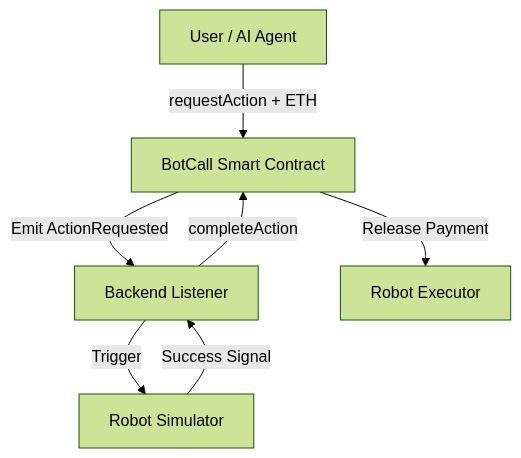
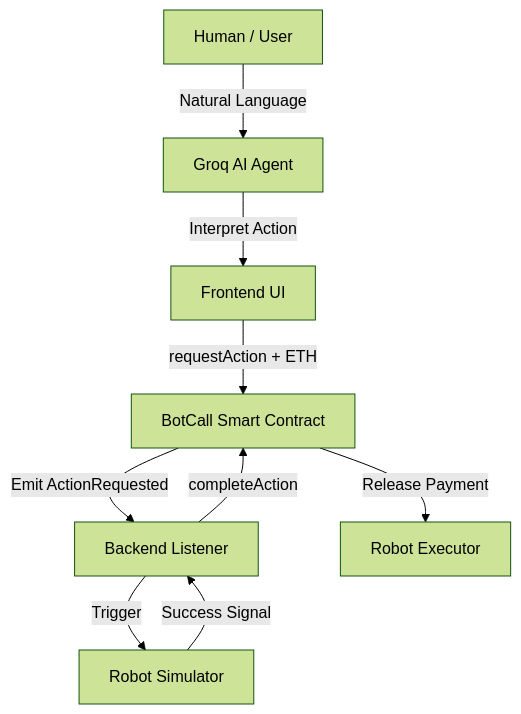
One commit to nayrbryanGaming/botcall-protocol changed the diagram in README.md. Above: the diagram before and after it, drawn with Mermaid (forest theme). The commit also changed other lines of this file and 6 other files, not shown here.

Commit message:
Integrated Groq AI Agent layer and updated architecture documentation

````diff
--- a/README.md
+++ b/README.md
@@ -19,9 +21,11 @@
 ```mermaid
 graph TD
-    User[User / AI Agent] -->|requestAction + ETH| SC[BotCall Smart Contract]
+    User[Human / User] -->|Natural Language| AI[Groq AI Agent]
+    AI -->|Interpret Action| UI[Frontend UI]
+    UI -->|requestAction + ETH| SC[BotCall Smart Contract]
     SC -->|Emit ActionRequested| BL[Backend Listener]
     BL -->|Trigger| RS[Robot Simulator]
     RS -->|Success Signal| BL
     BL -->|completeAction| SC
     SC -->|Release Payment| Robot[Robot Executor]
 ```
````
